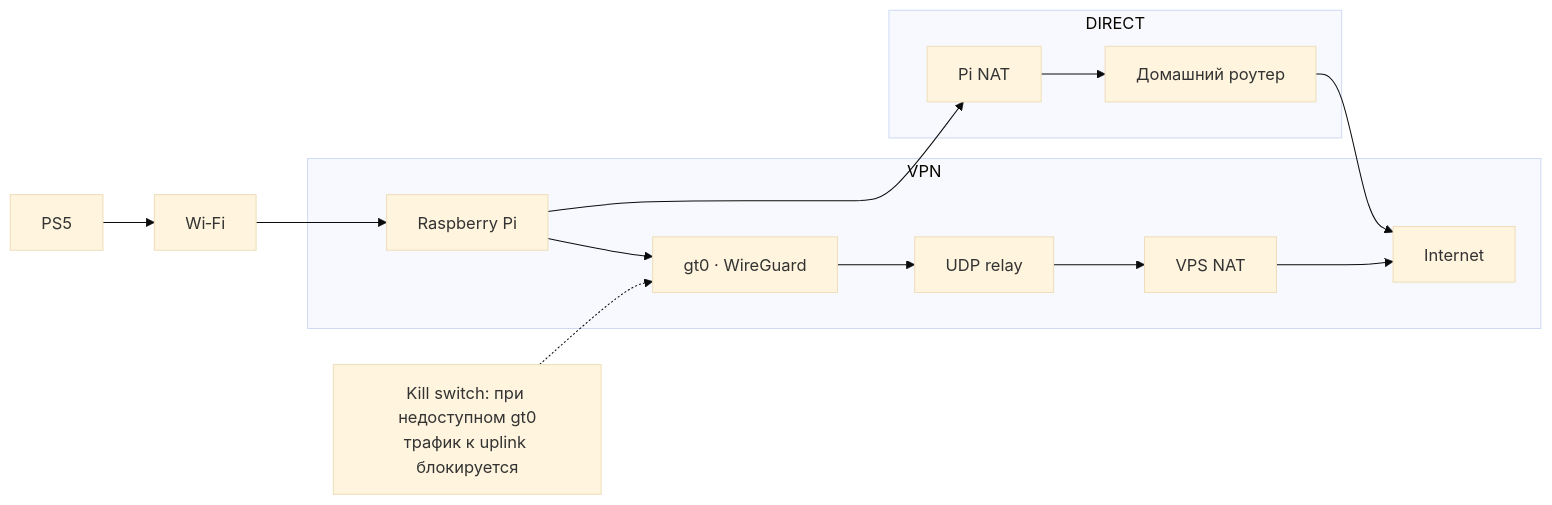
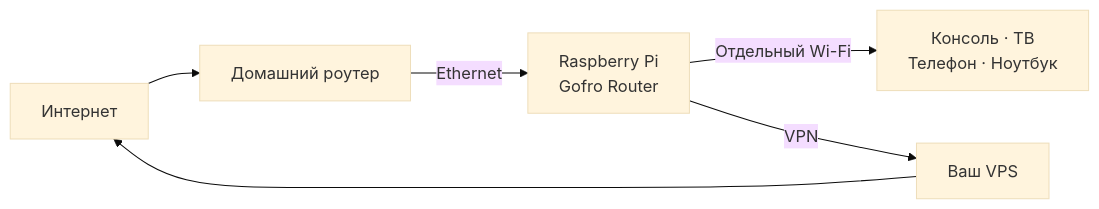
The diagram in README.md (gofronet/gofro-router), drawn with Mermaid (base theme) before and after one commit. The commit also changed other lines of this file, not shown here.

````diff
--- a/README.md
+++ b/README.md
@@ -31,20 +69,8 @@
 ```mermaid
 flowchart LR
-    PS5[PS5] --> WIFI[Wi‑Fi]
-    WIFI --> PI[Raspberry Pi]
-
-    subgraph VPN[VPN]
-        PI --> GT0[gt0 · WireGuard]
-        GT0 --> RELAY[UDP relay]
-        RELAY --> VPS[VPS NAT]
-        VPS --> NET[Internet]
-    end
-
-    subgraph DIRECT[DIRECT]
-        PI --> NAT[Pi NAT]
-        NAT --> ROUTER[Домашний роутер]
-        ROUTER --> NET
-    end
-
-    KILL[Kill switch: при недоступном gt0\nтрафик к uplink блокируется] -.-> GT0
+    INTERNET[Интернет] --> HOME[Домашний роутер]
+    HOME -->|Ethernet| PI[Raspberry Pi<br>Gofro Router]
+    PI -->|Отдельный Wi-Fi| DEVICES[Консоль · ТВ<br>Телефон · Ноутбук]
+    PI -->|VPN| VPS[Ваш VPS]
+    VPS --> INTERNET
 ```
````
